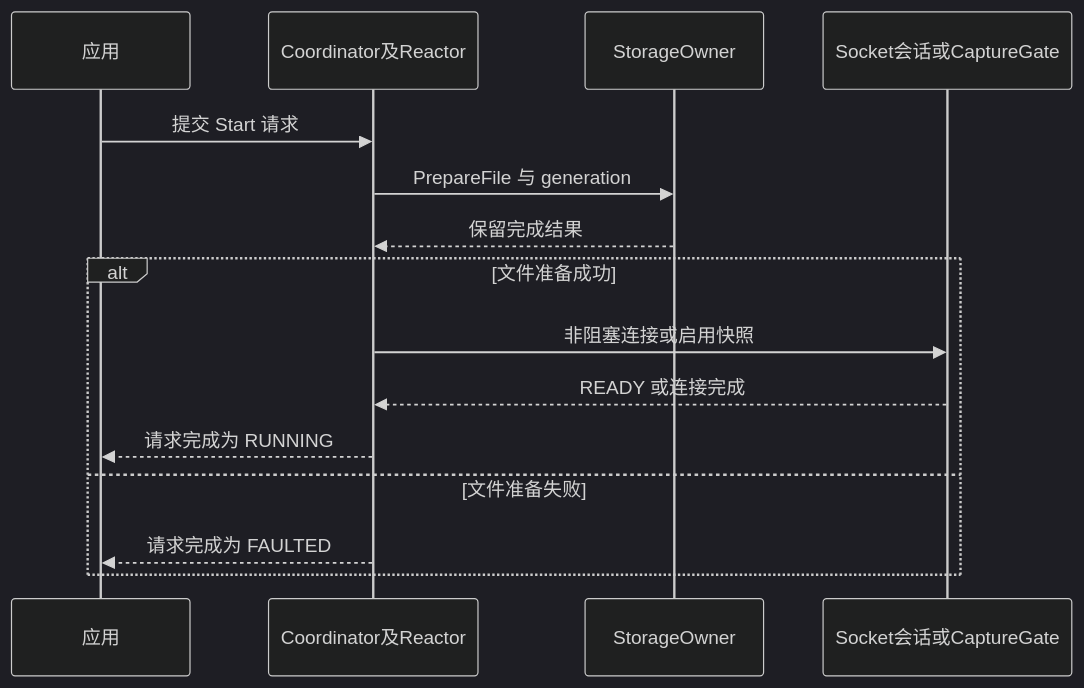
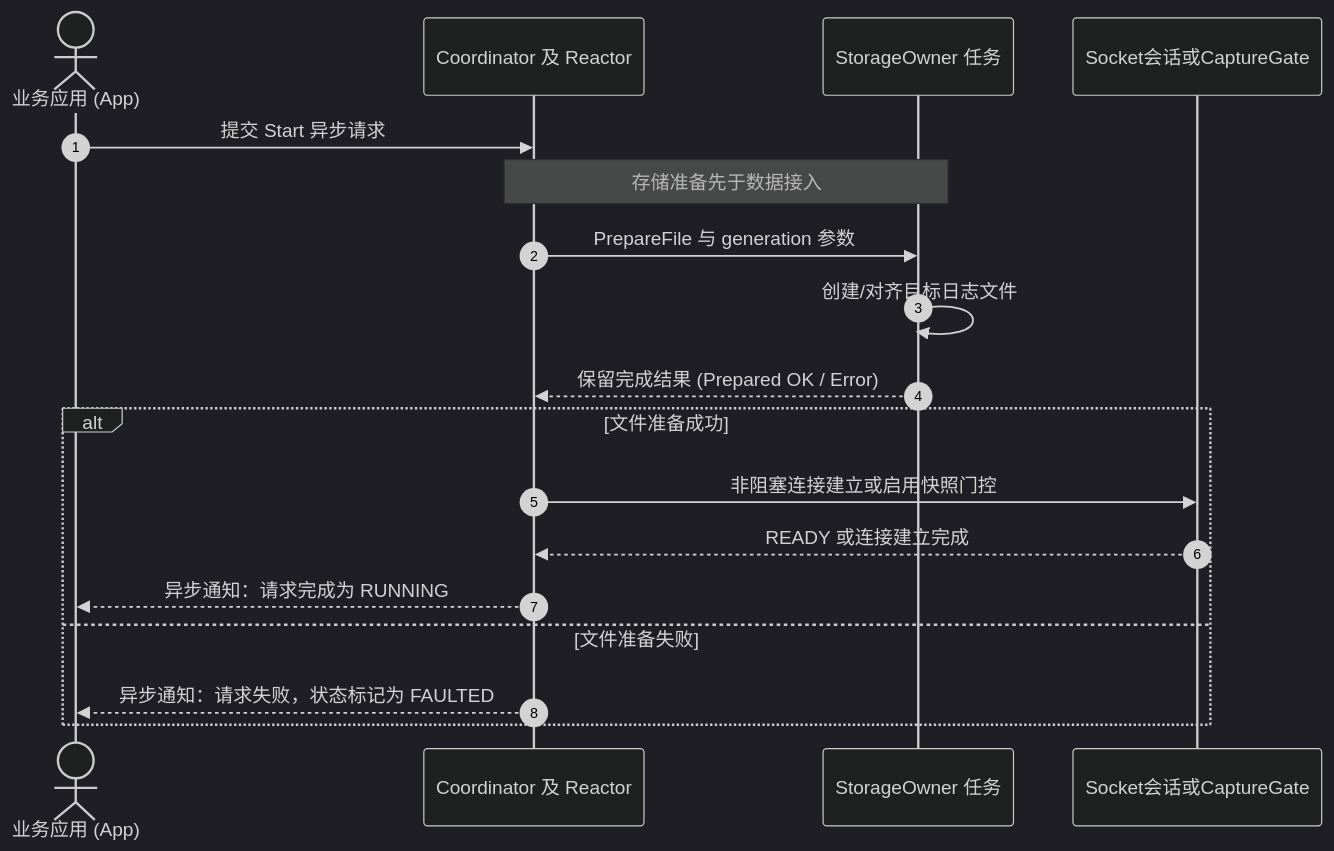
Before and after one commit to luckyJimLu/system-design-notes: diagram 11 of 12 in embedded-systems/modemlog/03-modem-complete-mermaid-flows.md, drawn with Mermaid (dark theme). The commit also changed other lines of this file and 19 other files, not shown here.

First line of the commit message:
docs: update modem flows and system documentation

````diff
--- a/embedded-systems/modemlog/03-modem-complete-mermaid-flows.md
+++ b/embedded-systems/modemlog/03-modem-complete-mermaid-flows.md
@@ -189,17 +362,22 @@
 ```mermaid
 sequenceDiagram
-    participant app as 应用
-    participant ctl as Coordinator及Reactor
-    participant disk as StorageOwner
-    participant source as Socket会话或CaptureGate
-    app->>ctl: 提交 Start 请求
-    ctl->>disk: PrepareFile 与 generation
-    disk-->>ctl: 保留完成结果
+    autonumber
+    actor App as 业务应用 (App)
+    participant Ctl as Coordinator 及 Reactor
+    participant Disk as StorageOwner 任务
+    participant Source as Socket会话或CaptureGate
+
+    App->>Ctl: 提交 Start 异步请求
+    Note over Ctl,Disk: 存储准备先于数据接入
+    Ctl->>Disk: PrepareFile 与 generation 参数
+    Disk->>Disk: 创建/对齐目标日志文件
+    Disk-->>Ctl: 保留完成结果 (Prepared OK / Error)
+
     alt 文件准备成功
-        ctl->>source: 非阻塞连接或启用快照
-        source-->>ctl: READY 或连接完成
-        ctl-->>app: 请求完成为 RUNNING
+        Ctl->>Source: 非阻塞连接建立或启用快照门控
+        Source-->>Ctl: READY 或连接建立完成
+        Ctl-->>App: 异步通知：请求完成为 RUNNING
     else 文件准备失败
-        ctl-->>app: 请求完成为 FAULTED
+        Ctl-->>App: 异步通知：请求失败，状态标记为 FAULTED
     end
 ```
````
